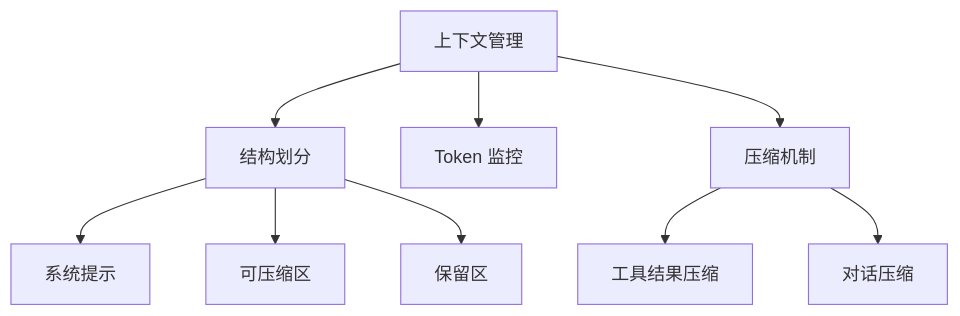
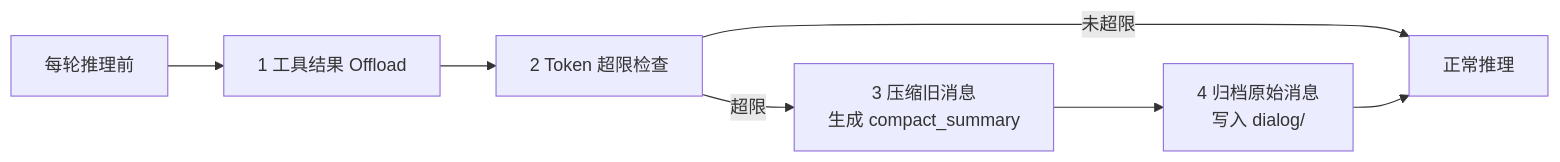
Before and after one commit to cofly-io/xClaw: the first of 9 diagrams in docs/context.zh.md, drawn with Mermaid. The commit also changed other lines of this file and 226 other files, not shown here.

````diff
--- a/docs/context.zh.md
+++ b/docs/context.zh.md
@@ -9,13 +22,9 @@
 ```mermaid
-graph TB
-    A[上下文管理] --> B[结构划分]
-    A --> C[Token 监控]
-    A --> D[压缩机制]
-
-    B --> B1[系统提示]
-    B --> B2[可压缩区]
-    B --> B3[保留区]
-
-    D --> D1[工具结果压缩]
-    D --> D2[对话压缩]
+flowchart LR
+    A[每轮推理前] --> B[1 工具结果 Offload]
+    B --> C[2 Token 超限检查]
+    C -->|未超限| D[正常推理]
+    C -->|超限| E[3 压缩旧消息\n生成 compact_summary]
+    E --> F[4 归档原始消息\n写入 dialog/]
+    F --> D
 ```
````
